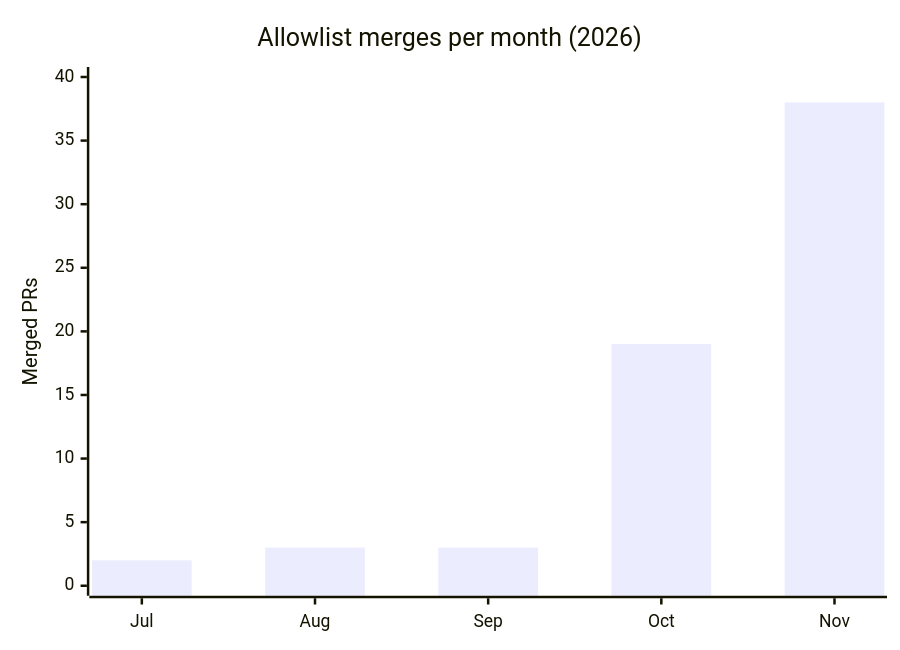
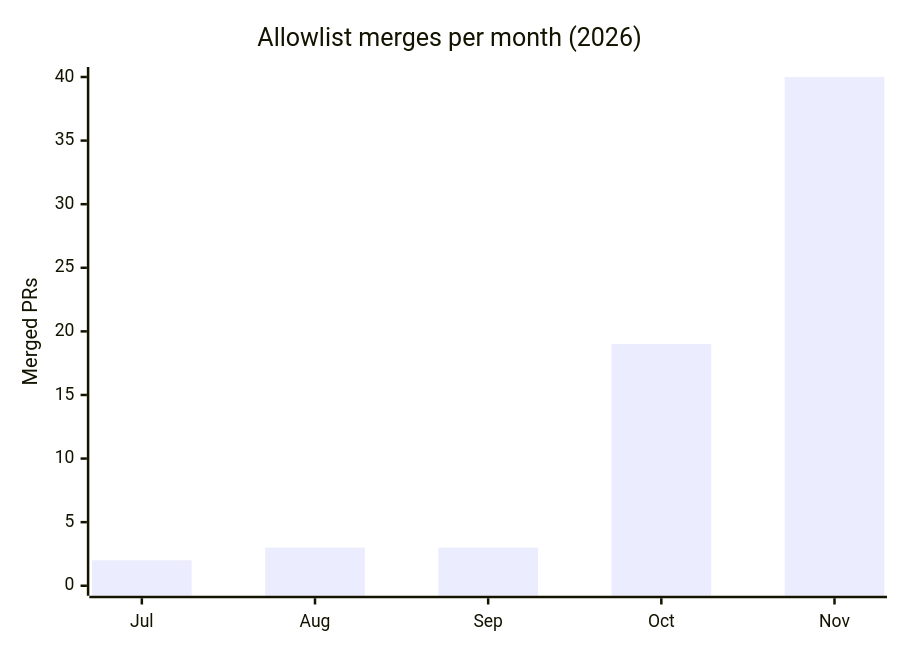
One commit to mangeshraut712/mangeshraut712 changed the second of 2 diagrams in README.md. Above: the diagram before and after it, drawn with Mermaid. The commit also changed other lines of this file, not shown here.

````diff
--- a/README.md
+++ b/README.md
@@ -282,7 +283,7 @@
 ```mermaid
 xychart-beta
   title "Allowlist merges per month (2026)"
   x-axis [Jul, Aug, Sep, Oct, Nov]
   y-axis "Merged PRs" 0 --> 40
-  bar [2, 3, 3, 19, 38]
+  bar [2, 3, 3, 19, 40]
 ```
````
